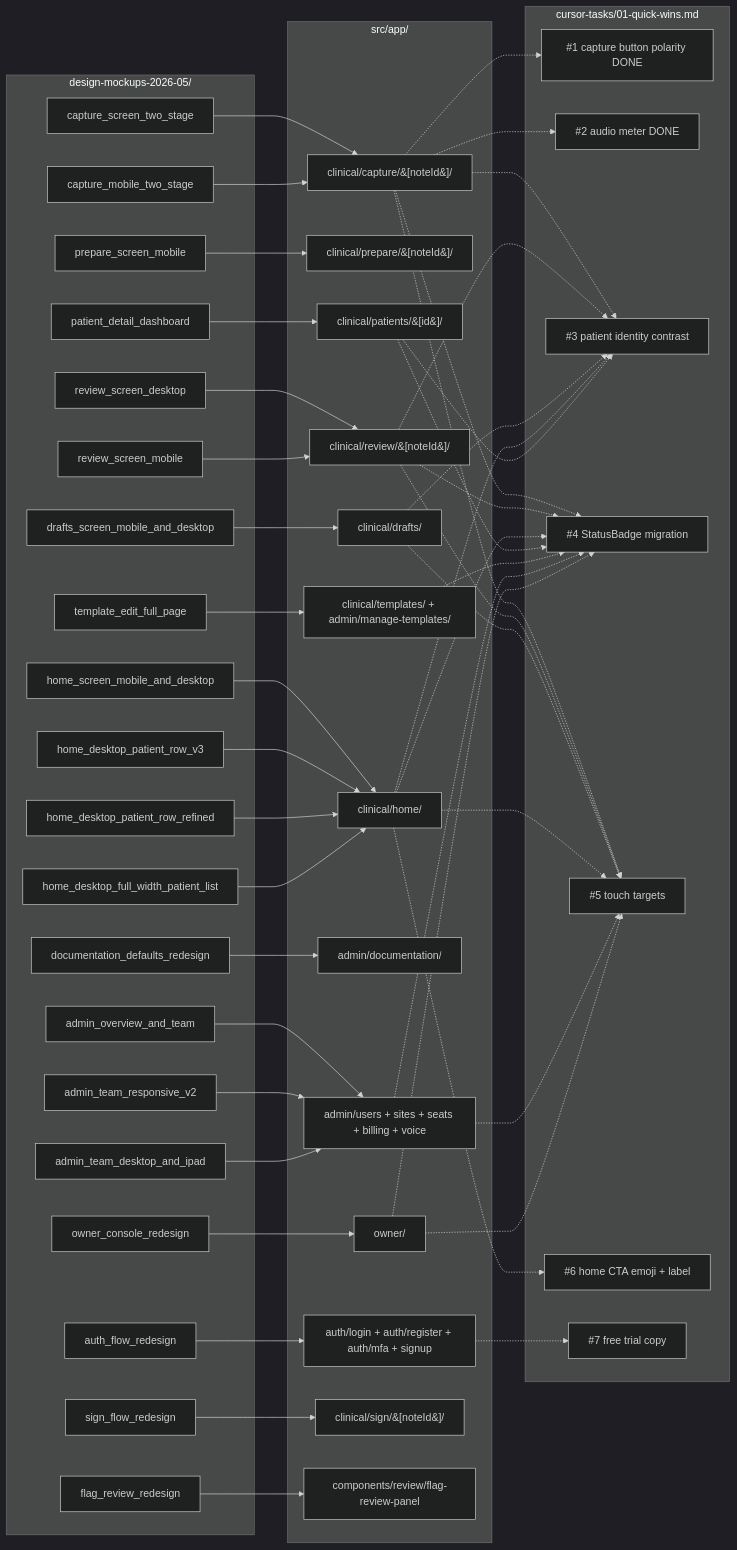
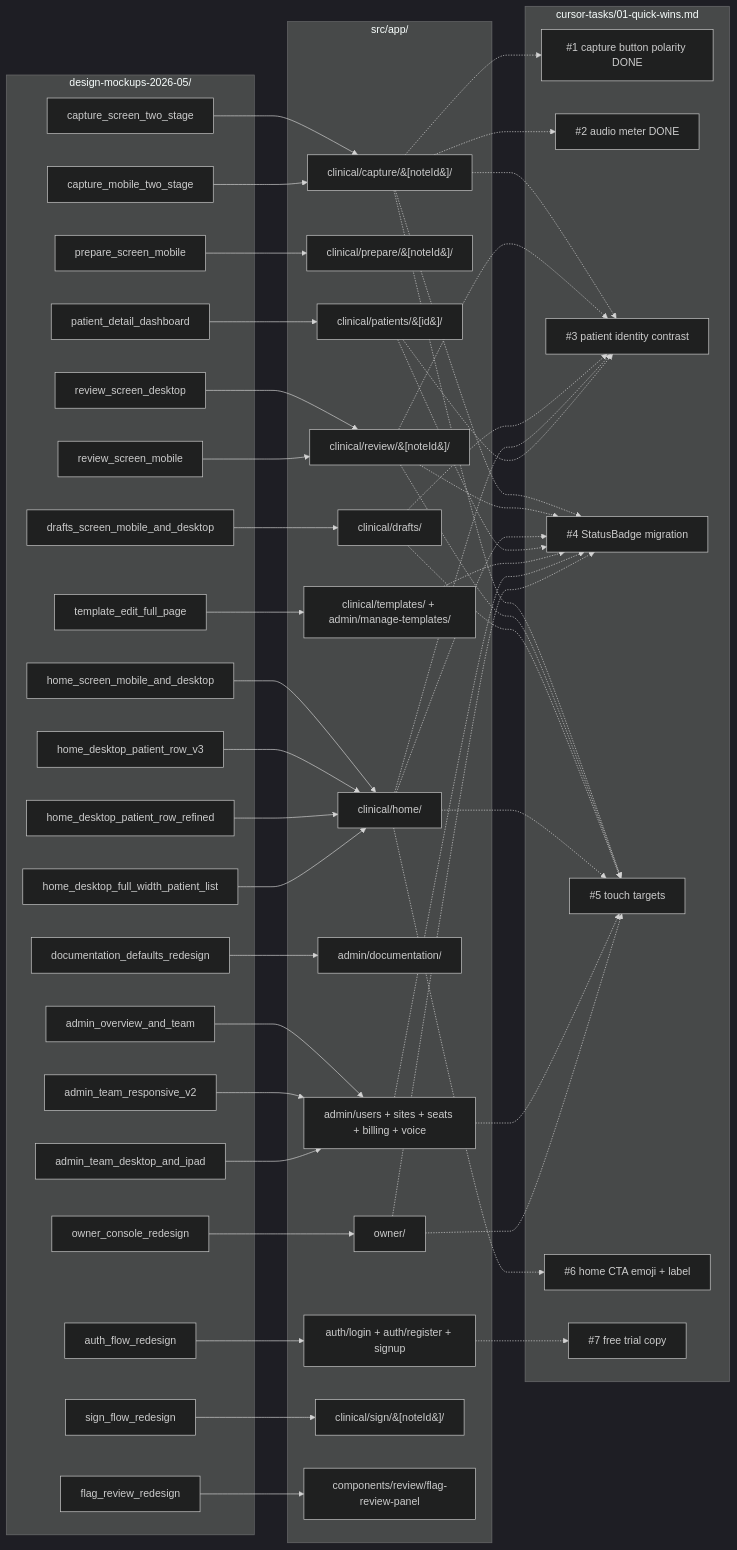
Before and after one commit to giljavelosa/OmniScribe4.0: the diagram in references/design-mockup-gap-analysis/README.md, drawn with Mermaid (dark theme). The commit also changed other lines of this file and 43 other files, not shown here.

First line of the commit message:
chore(auth): clear MFA documentation drift + remove dangling reset-authenticator UI

```diff
--- a/references/design-mockup-gap-analysis/README.md
+++ b/references/design-mockup-gap-analysis/README.md
@@ -69,7 +69,7 @@
     P_docs[admin/documentation/]
     P_admin[admin/users + sites + seats + billing + voice]
     P_owner[owner/]
-    P_auth[auth/login + auth/register + auth/mfa + signup]
+    P_auth[auth/login + auth/register + signup]
     P_sign[clinical/sign/&#91;noteId&#93;/]
     P_flag[components/review/flag-review-panel]
   end
```
